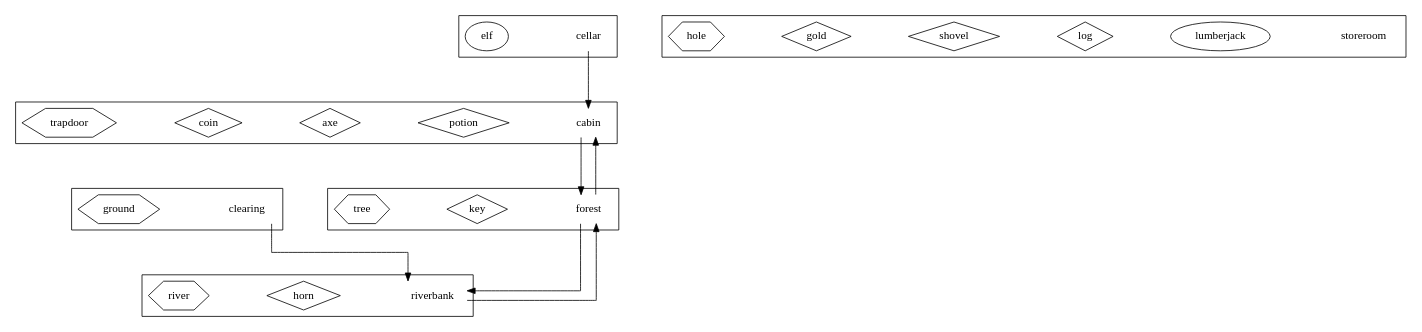
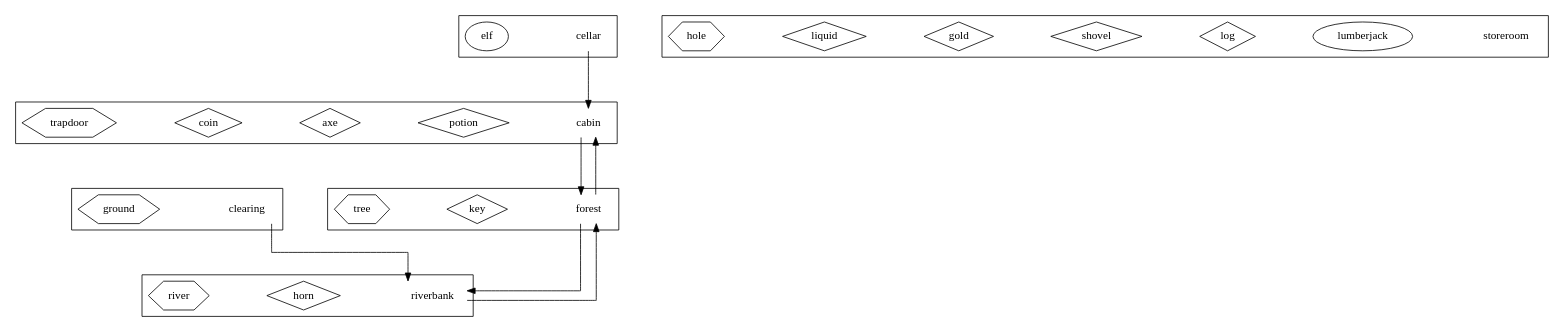
One commit to DryLichen/bristol changed the diagram in java/code/cw-stag/config/extended-entities.dot. Above: the diagram before and after it, drawn with Graphviz. The commit also changed 10 other files, not shown here.

```diff
--- a/java/code/cw-stag/config/extended-entities.dot
+++ b/java/code/cw-stag/config/extended-entities.dot
@@ -1,99 +1,100 @@
 digraph layout {
     /* ortho splines just makes the arrows into straight lines (rather than curvy ones !) */
     splines = ortho;
     /* space everything out a bit to make it easier to see (for larger models) */
     graph [ranksep="1" nodesep="1"];
     node [shape = "rect"];
 
     subgraph locations {
 
         subgraph cluster001 {
             node [shape = "none"];
             cabin [description = "A log cabin in the woods"];
             subgraph artefacts {
                 node [shape = "diamond"];
                 potion [description = "A bottle of magic potion"];
                 axe [description = "A razor sharp axe"];
                 coin [description = "A silver coin"];
             }
             subgraph furniture {
                 node [shape = "hexagon"];
                 trapdoor [description = "A locked wooden trapdoor in the floor"];
             }
         }
 
         subgraph cluster002 {
             node [shape = "none"];
             forest [description = "A deep dark forest"];
             subgraph artefacts {
                 node [shape = "diamond"];
                 key [description = "A rusty old key"];
             }
             subgraph furniture {
                 node [shape = "hexagon"];
                 tree [description = "A tall pine tree"];
             }
         }
 
         subgraph cluster003 {
             node [shape = "none"];
             cellar [description = "A dusty cellar"]
             subgraph characters {
                 node [shape = "ellipse"];
                 elf [description = "An angry looking Elf"];
             }
         }
 
         subgraph cluster004 {
             node [shape = "none"];
             riverbank [description = "A grassy riverbank"]
             subgraph artefacts {
                 node [shape = "diamond"];
                 horn [description = "An old brass horn"];
             }
             subgraph furniture {
                 node [shape = "hexagon"];
                 river [description = "A fast flowing river"];
             }
         }
 
         subgraph cluster005 {
             node [shape = "none"];
             clearing [description = "A clearing in the woods"]
             subgraph furniture {
                 node [shape = "hexagon"];
                 ground [description = "It looks like the soil has been recently disturbed"];
             }
         }
 
         subgraph cluster999 {
             node [shape = "none"];
             storeroom [description = "Storage for any entities not placed in the game"]
             subgraph characters {
                 node [shape = "ellipse"];
                 lumberjack [description = "A burly wood cutter"];
             }
             subgraph artefacts {
                 node [shape = "diamond"];
                 log [description = "A heavy wooden log"];
                 shovel [description = "A sturdy shovel"];
                 gold [description = "A big pot of gold"];
+                liquid [description = "Unknown liquid"];
             }
             subgraph furniture {
                 node [shape = "hexagon"];
                 hole [description = "A deep hole in the ground"];
             }
         }
 
     }
 
     subgraph paths {
         cabin -> forest;
         forest -> cabin;
         cellar -> cabin;
         forest -> riverbank
         riverbank -> forest
         clearing -> riverbank
     }
 
 }
```
